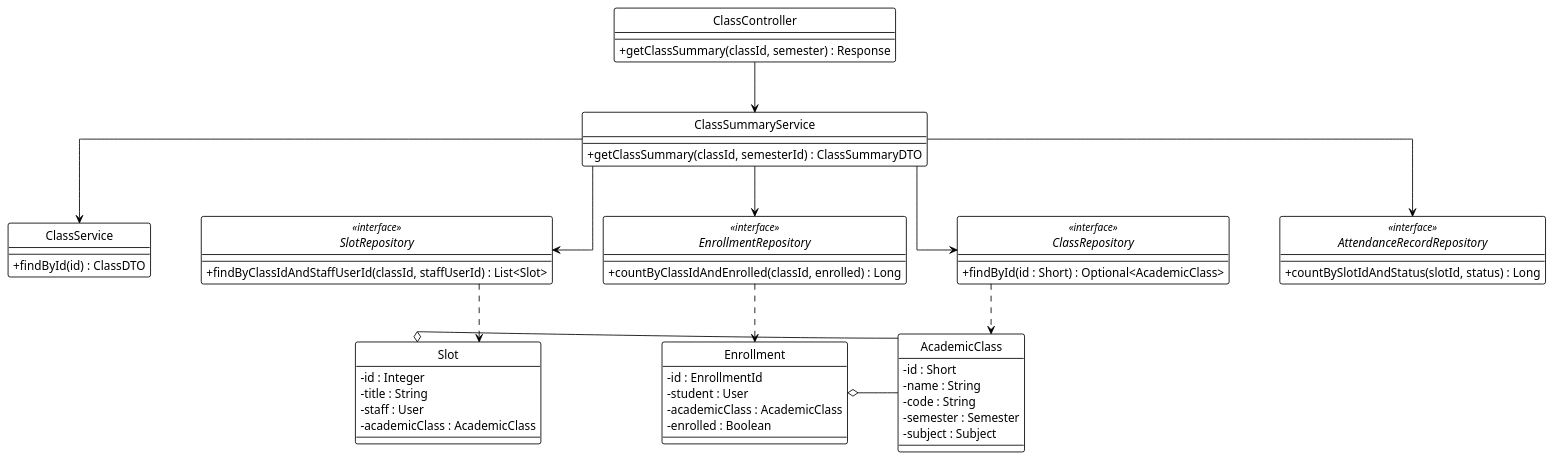
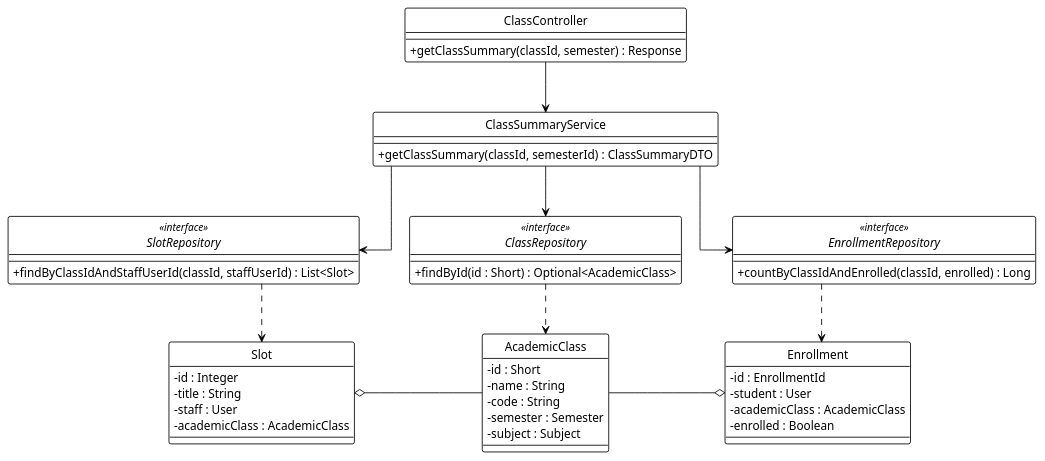
The diagram in system_detailed_design/71_view_class_summary/class_diagram_view_class_summary.puml (Ndh474/context), drawn with PlantUML before and after one commit. The commit also changed 12 other files, not shown here.

```diff
--- a/system_detailed_design/71_view_class_summary/class_diagram_view_class_summary.puml
+++ b/system_detailed_design/71_view_class_summary/class_diagram_view_class_summary.puml
@@ -1,82 +1,72 @@
 @startuml view_class_summary
 !theme plain
 hide circle
 skinparam classAttributeIconSize 0
 
 ' --- CẤU HÌNH "ORTHO" (BẮT BUỘC) ---
 skinparam linetype ortho
 skinparam nodesep 60
 skinparam ranksep 60
 
 ' --- CONTROLLER ---
 class ClassController {
   + getClassSummary(classId, semester) : Response
 }
 
 ' --- SERVICE ---
 class ClassSummaryService {
   + getClassSummary(classId, semesterId) : ClassSummaryDTO
 }
 
-class ClassService {
-  + findById(id) : ClassDTO
-}
-
 ' --- REPOSITORY ---
 interface ClassRepository <<interface>> {
   + findById(id : Short) : Optional<AcademicClass>
 }
 
 interface SlotRepository <<interface>> {
   + findByClassIdAndStaffUserId(classId, staffUserId) : List<Slot>
 }
 
 interface EnrollmentRepository <<interface>> {
   + countByClassIdAndEnrolled(classId, enrolled) : Long
 }
 
-interface AttendanceRecordRepository <<interface>> {
-  + countBySlotIdAndStatus(slotId, status) : Long
+' --- ENTITIES ---
+class Slot {
+  - id : Integer
+  - title : String
+  - staff : User
+  - academicClass : AcademicClass
 }
 
-' --- ENTITIES ---
 class AcademicClass {
   - id : Short
   - name : String
   - code : String
   - semester : Semester
   - subject : Subject
-}
-
-class Slot {
-  - id : Integer
-  - title : String
-  - staff : User
-  - academicClass : AcademicClass
 }
 
 class Enrollment {
   - id : EnrollmentId
   - student : User
   - academicClass : AcademicClass
   - enrolled : Boolean
 }
 
 ' --- DEPENDENCY INJECTION (Association) ---
 ClassController -down-> ClassSummaryService
-ClassSummaryService -down-> ClassService
 ClassSummaryService -down-> ClassRepository
 ClassSummaryService -down-> SlotRepository
 ClassSummaryService -down-> EnrollmentRepository
-ClassSummaryService -down-> AttendanceRecordRepository
 
 ' --- REPOSITORY USAGE (Dependency) ---
 ClassRepository .down.> AcademicClass
 SlotRepository .down.> Slot
 EnrollmentRepository .down.> Enrollment
 
 ' --- ENTITY RELATIONSHIPS (Aggregation) ---
 Slot o-right- AcademicClass
-Enrollment o-right- AcademicClass
+AcademicClass -right-o Enrollment
 
 @enduml
```
